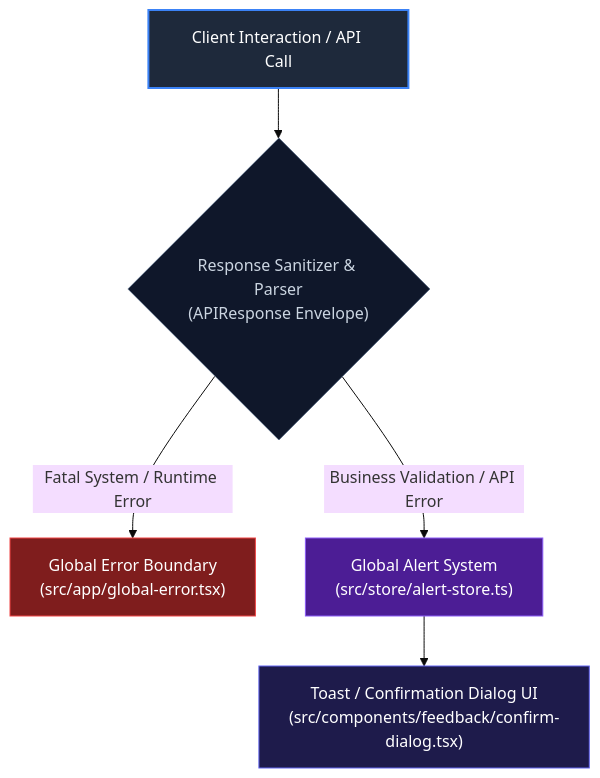
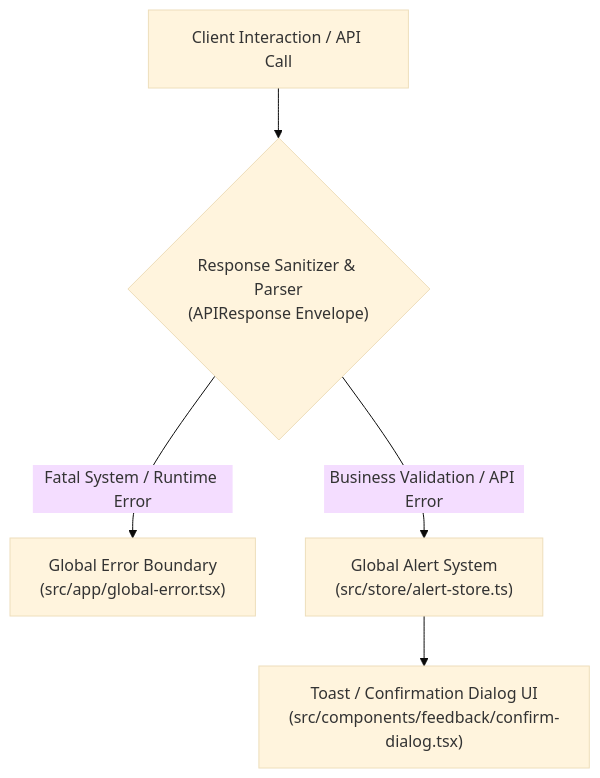
The diagram in docs/devs/04-data-flow-and-api/error-handling-and-alerts.md (HadiuzzamanBappy/finx-ui), drawn with Mermaid (base theme) before and after one commit. The commit also changed 31 other files, not shown here.

````diff
--- a/docs/devs/04-data-flow-and-api/error-handling-and-alerts.md
+++ b/docs/devs/04-data-flow-and-api/error-handling-and-alerts.md
@@ -12,15 +12,9 @@
 ```mermaid
-graph TD
+flowchart TD
     Client["Client Interaction / API Call"] --> Parser{"Response Sanitizer & Parser<br/>(APIResponse Envelope)"}
     
     Parser -->|Fatal System / Runtime Error| Boundary["Global Error Boundary<br/>(src/app/global-error.tsx)"]
     Parser -->|Business Validation / API Error| AlertStore["Global Alert System<br/>(src/store/alert-store.ts)"]
     
     AlertStore --> Modal["Toast / Confirmation Dialog UI<br/>(src/components/feedback/confirm-dialog.tsx)"]
-
-    style Client fill:#1e293b,stroke:#3b82f6,stroke-width:2px,color:#fff
-    style Parser fill:#0f172a,stroke:#64748b,stroke-width:1px,color:#cbd5e1
-    style Boundary fill:#7f1d1d,stroke:#ef4444,stroke-width:1px,color:#fff
-    style AlertStore fill:#4c1d95,stroke:#8b5cf6,stroke-width:1px,color:#fff
-    style Modal fill:#1e1b4b,stroke:#6366f1,stroke-width:1px,color:#fff
 ```
````
